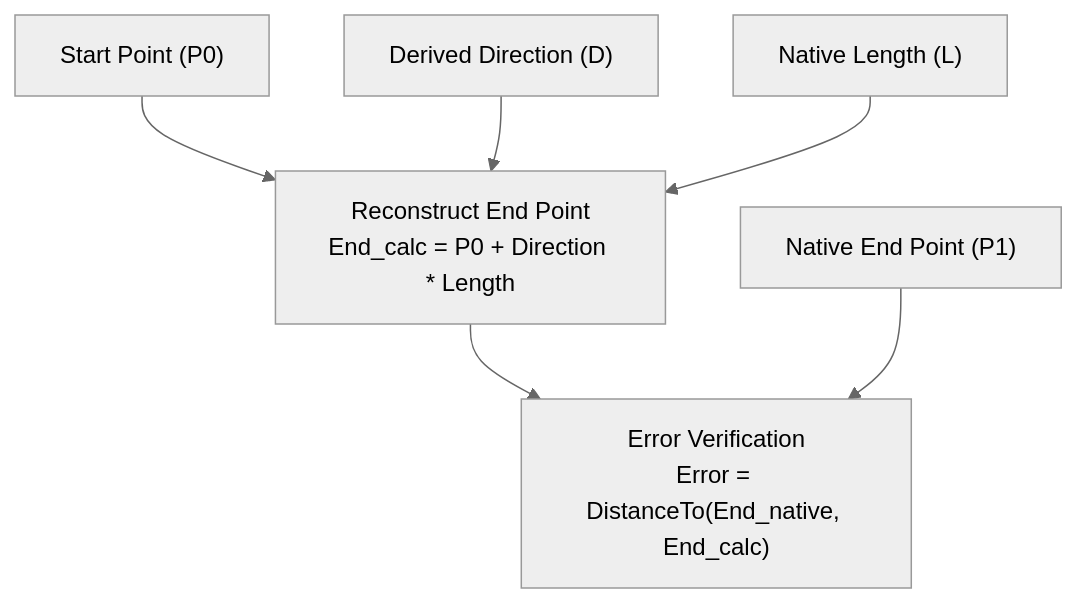
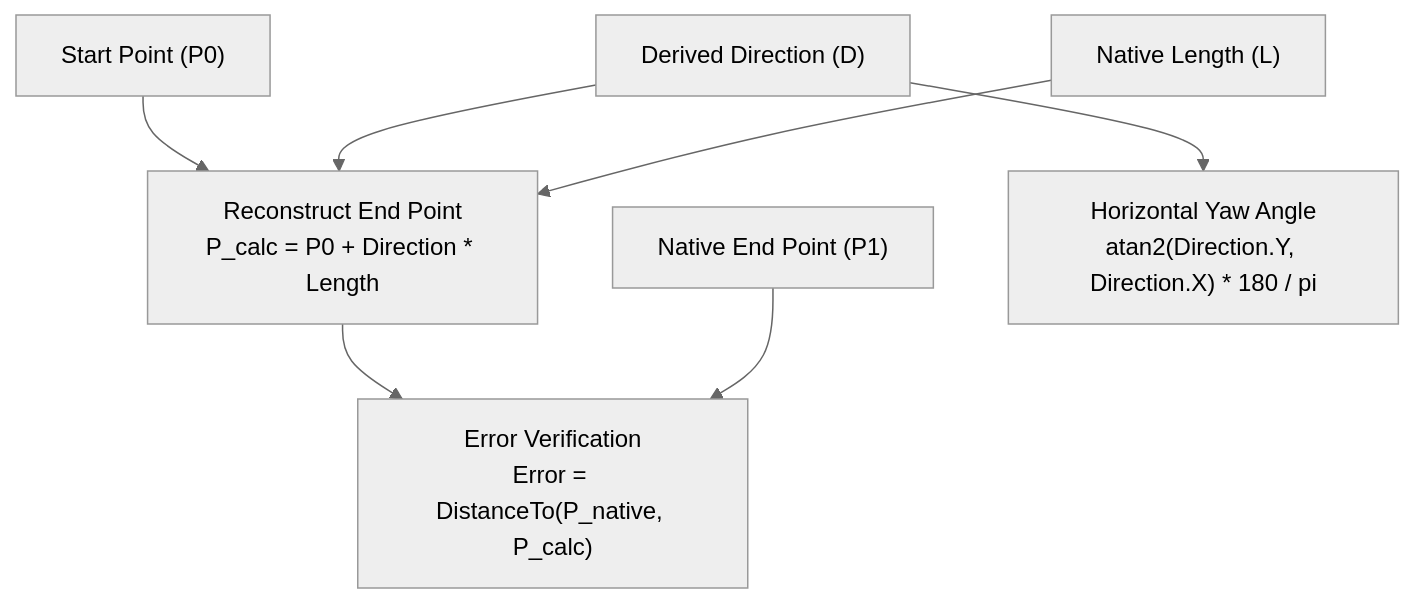
The eighth of 21 diagrams in RevitApiSamples/Samples/TransformModule/TransformModule.md (Mustafa-TOMMY/CommandSamplesRevitApiVer2025), drawn with Mermaid (neutral theme) before and after one commit. The commit also changed other lines of this file, not shown here.

Commit message:
Update mermaid file

````diff
--- a/RevitApiSamples/Samples/TransformModule/TransformModule.md
+++ b/RevitApiSamples/Samples/TransformModule/TransformModule.md
@@ -294,8 +377,10 @@
 ```mermaid
 flowchart TD
-    START["Start Point (P0)"] --> RECON["Reconstruct End Point<br/>End_calc = P0 + Direction * Length"]
+    P0["Start Point (P0)"] --> RECON["Reconstruct End Point<br/>P_calc = P0 + Direction * Length"]
     DIR["Derived Direction (D)"] --> RECON
     LEN["Native Length (L)"] --> RECON
-    RECON --> ERR["Error Verification<br/>Error = DistanceTo(End_native, End_calc)"]
-    END_NAT["Native End Point (P1)"] --> ERR
+    RECON --> ERR["Error Verification<br/>Error = DistanceTo(P_native, P_calc)"]
+    P1["Native End Point (P1)"] --> ERR
+
+    DIR --> YAW["Horizontal Yaw Angle<br/>atan2(Direction.Y, Direction.X) * 180 / pi"]
 ```
````
